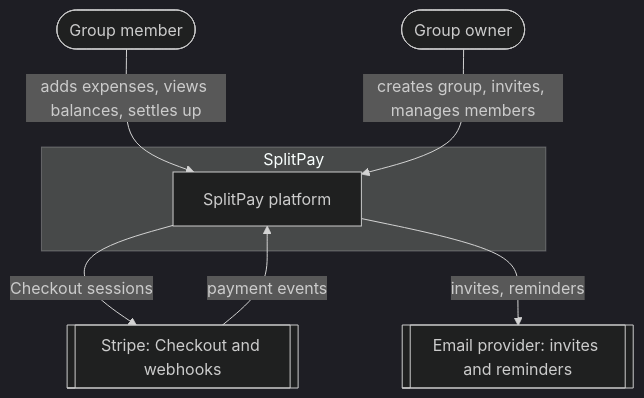
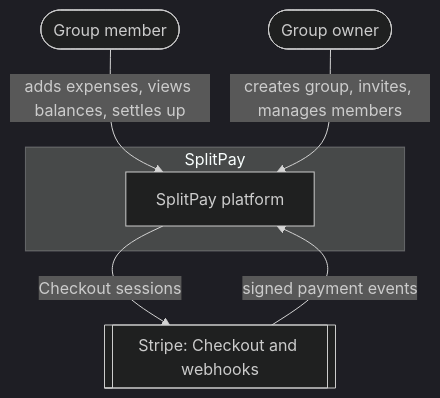
Before and after one commit to ABHI-742/splitpay: the first of 4 diagrams in docs/architecture.md, drawn with Mermaid (dark theme). The commit also changed other lines of this file and 10 other files, not shown here.

First line of the commit message:
Handle concurrent duplicate expenses and bring architecture docs up to date

````diff
--- a/docs/architecture.md
+++ b/docs/architecture.md
@@ -15,16 +16,14 @@
 ```mermaid
 flowchart TB
     Member([Group member])
     Owner([Group owner])
     subgraph SplitPay
         SYS[SplitPay platform]
     end
     Stripe[[Stripe: Checkout and webhooks]]
-    Email[[Email provider: invites and reminders]]
 
     Member -->|adds expenses, views balances, settles up| SYS
     Owner -->|creates group, invites, manages members| SYS
     SYS -->|Checkout sessions| Stripe
-    Stripe -->|payment events| SYS
-    SYS -->|invites, reminders| Email
+    Stripe -->|signed payment events| SYS
 ```
````
